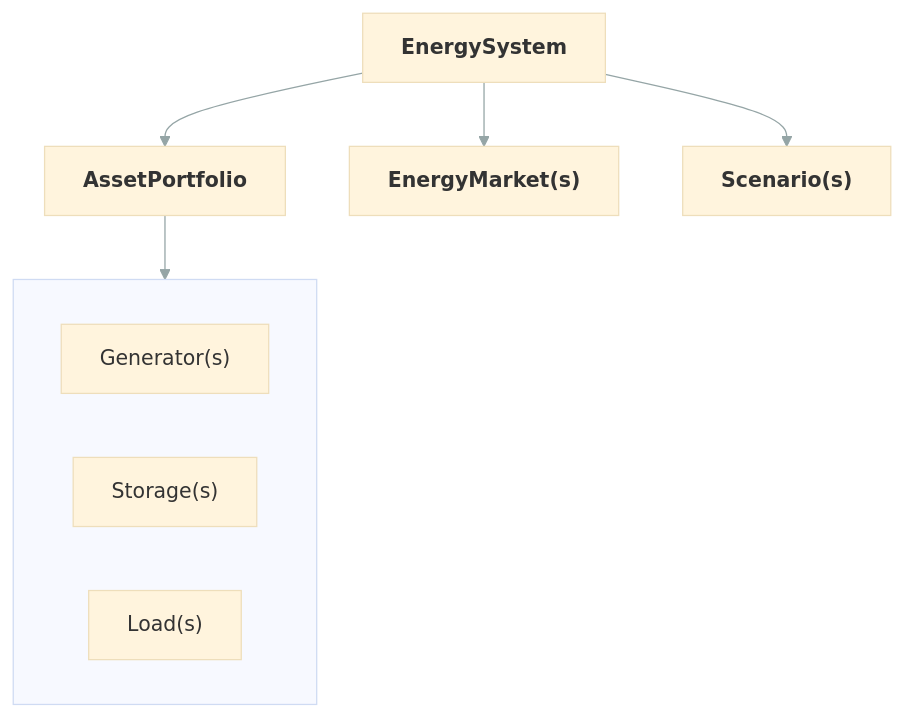
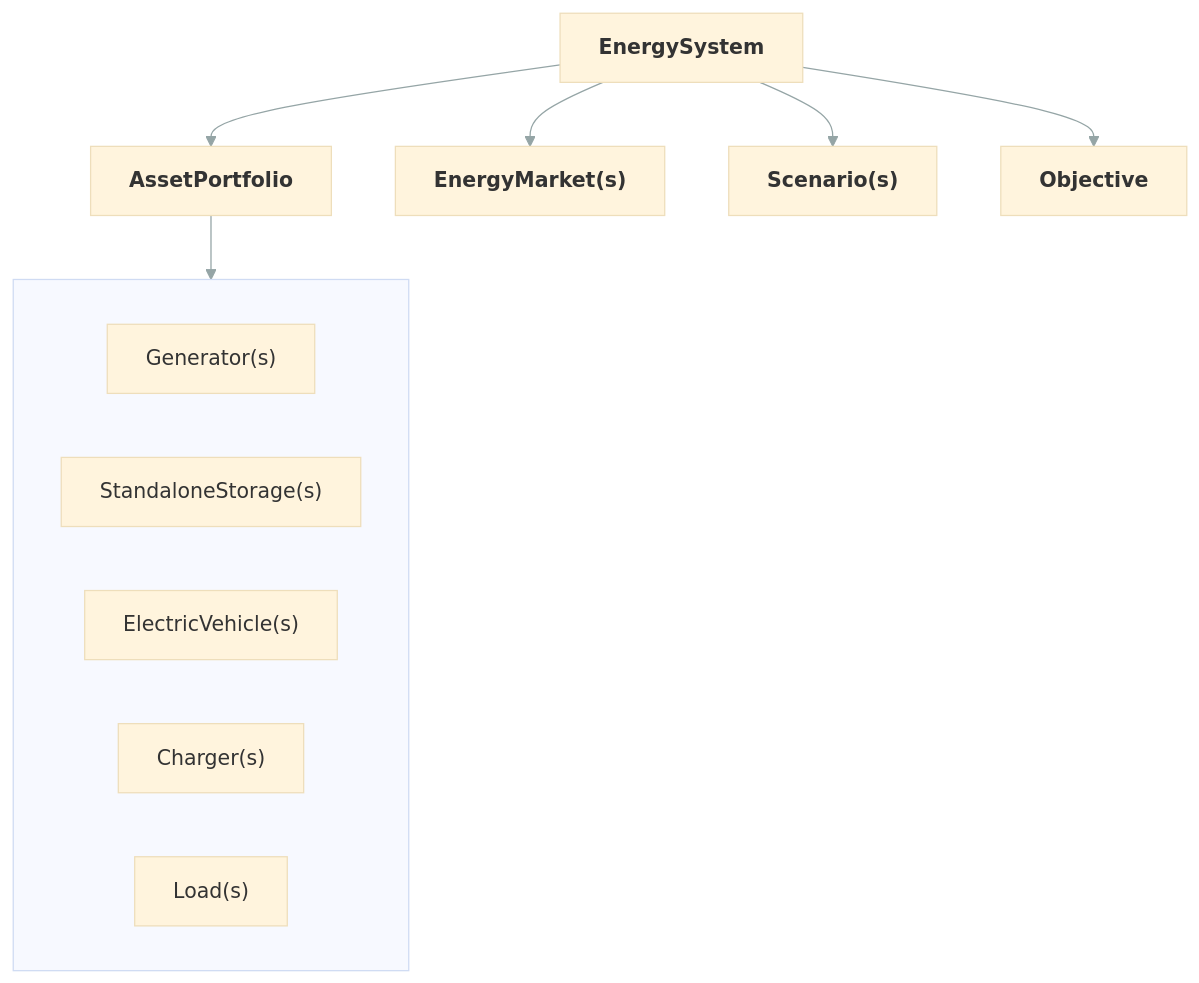
The diagram in docs/user_guide/energy_system.md (ramirocrc/odys), drawn with Mermaid before and after one commit. The commit also changed other lines of this file and 27 other files, not shown here.

````diff
--- a/docs/user_guide/energy_system.md
+++ b/docs/user_guide/energy_system.md
@@ -13,19 +13,23 @@
 ```mermaid
 %%{init: {"theme": "base", "themeVariables": {"lineColor": "#95A5A6"}}}%%
 flowchart TD
     ES["<b>EnergySystem</b>"]
     AP["<b>AssetPortfolio</b>"]
     subgraph Assets [ ]
         direction LR
         GEN["Generator(s)"]
-        STO["Storage(s)"]
+        STO["StandaloneStorage(s)"]
+        EV["ElectricVehicle(s)"]
+        CHG["Charger(s)"]
         LD["Load(s)"]
     end
     MKT["<b>EnergyMarket(s)</b>"]
     SC["<b>Scenario(s)</b>"]
+    OBJ["<b>Objective</b>"]
 
     ES --> AP
     ES --> MKT
     ES --> SC
+    ES --> OBJ
     AP --> Assets
 ```
````
